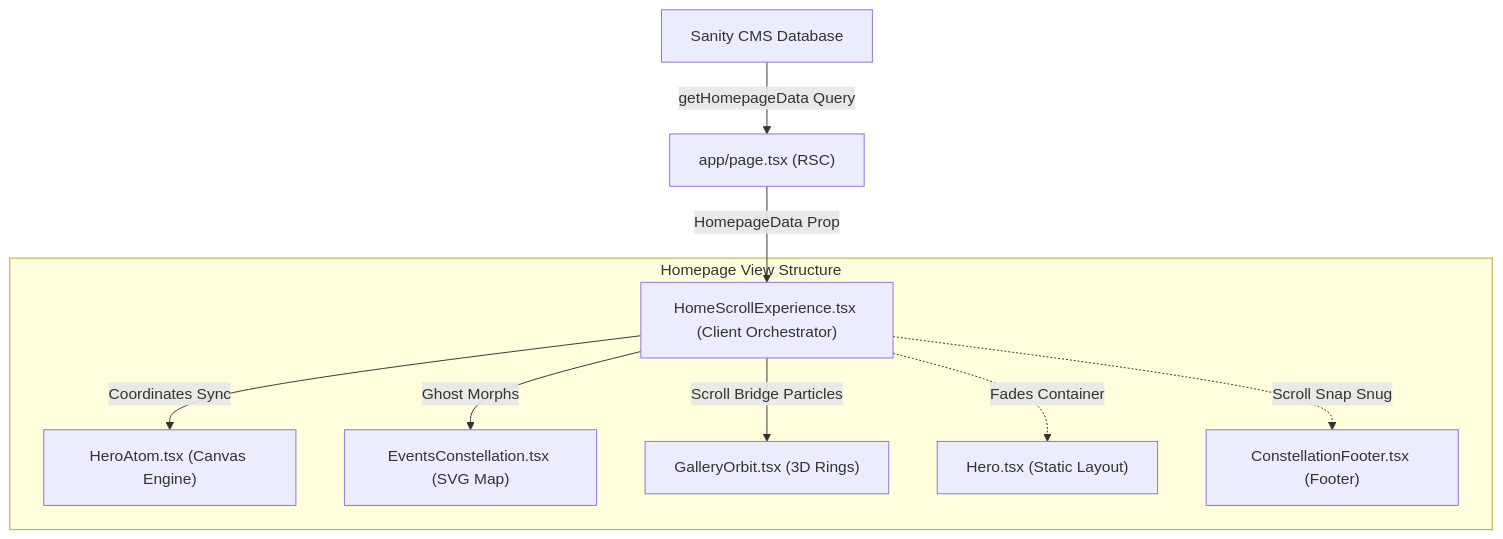
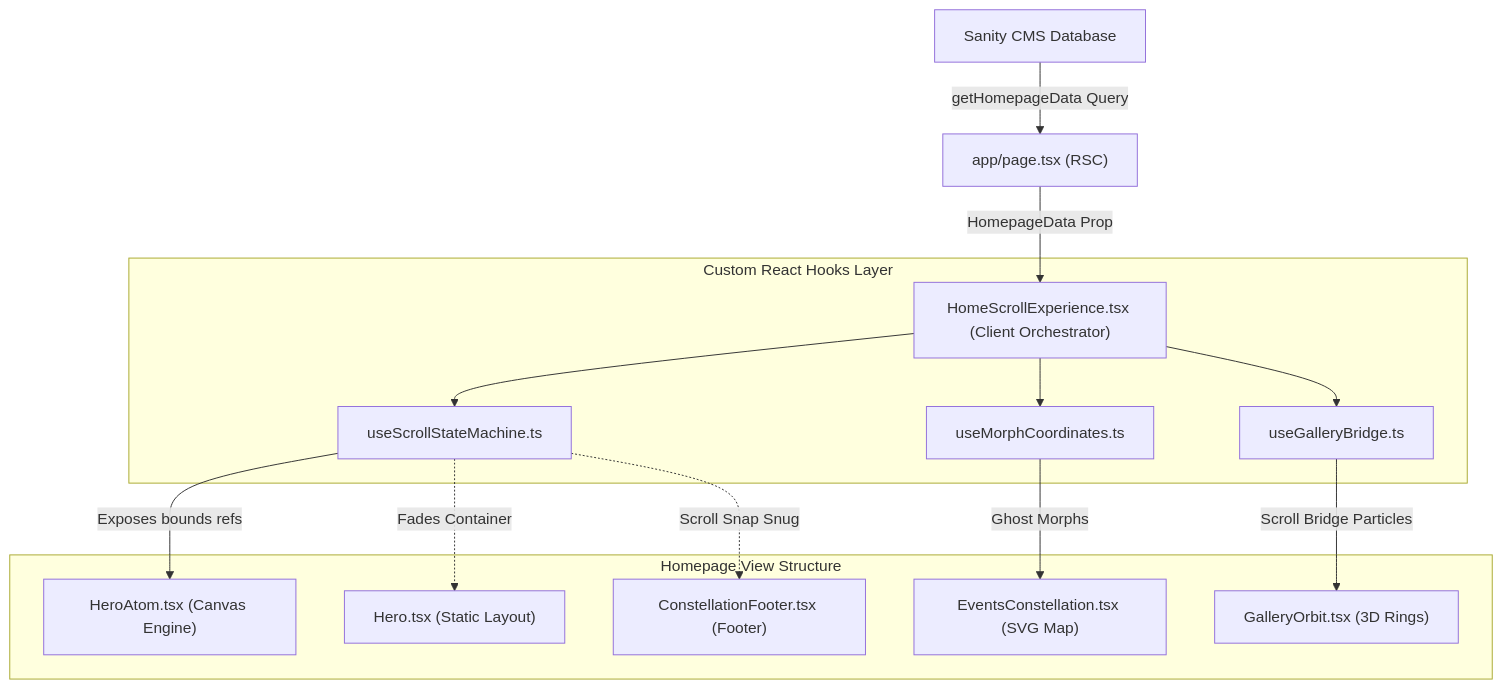
The diagram in HomePage.md (DDS3579/nss-clubs), drawn with Mermaid before and after one commit. The commit also changed other lines of this file and 14 other files, not shown here.

````diff
--- a/HomePage.md
+++ b/HomePage.md
@@ -32,13 +36,19 @@
 ```mermaid
 graph TD
     Sanity[Sanity CMS Database] -->|getHomepageData Query| PageTSX["app/page.tsx (RSC)"]
     PageTSX -->|HomepageData Prop| HSE["HomeScrollExperience.tsx (Client Orchestrator)"]
 
+    subgraph "Custom React Hooks Layer"
+        HSE --> USM["useScrollStateMachine.ts"]
+        HSE --> UMC["useMorphCoordinates.ts"]
+        HSE --> UGB["useGalleryBridge.ts"]
+    end
+
     subgraph "Homepage View Structure"
-        HSE -->|Coordinates Sync| HeroAtom["HeroAtom.tsx (Canvas Engine)"]
-        HSE -->|Ghost Morphs| EC["EventsConstellation.tsx (SVG Map)"]
-        HSE -->|Scroll Bridge Particles| GO["GalleryOrbit.tsx (3D Rings)"]
-        HSE -.->|Fades Container| Hero["Hero.tsx (Static Layout)"]
-        HSE -.->|Scroll Snap Snug| CF["ConstellationFooter.tsx (Footer)"]
+        USM -->|Exposes bounds refs| HeroAtom["HeroAtom.tsx (Canvas Engine)"]
+        UMC -->|Ghost Morphs| EC["EventsConstellation.tsx (SVG Map)"]
+        UGB -->|Scroll Bridge Particles| GO["GalleryOrbit.tsx (3D Rings)"]
+        USM -.->|Fades Container| Hero["Hero.tsx (Static Layout)"]
+        USM -.->|Scroll Snap Snug| CF["ConstellationFooter.tsx (Footer)"]
     end
 ```
````
